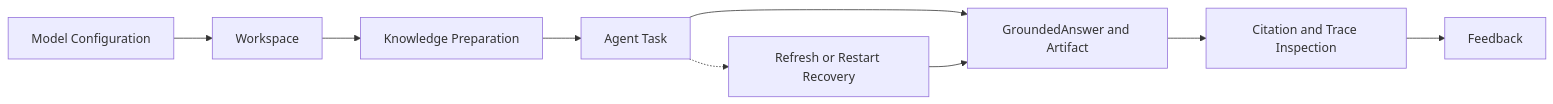
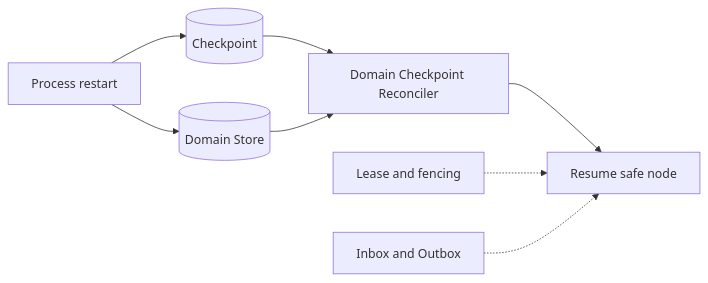
Diagram 12 of 30 in docs/architecture/architecture-views.md (ProfessorZhi/Zuno), drawn with Mermaid before and after one commit. The commit also changed other lines of this file and 14 other files, not shown here.

Commit message:
docs: align total architecture with canonical module designs

````diff
--- a/docs/architecture/architecture-views.md
+++ b/docs/architecture/architecture-views.md
@@ -249,11 +187,10 @@
 ```mermaid
 flowchart LR
-  Config[Model Configuration] --> Workspace[Workspace]
-  Workspace --> Prepare[Knowledge Preparation]
-  Prepare --> Ask[Agent Task]
-  Ask --> Answer[GroundedAnswer and Artifact]
-  Answer --> Inspect[Citation and Trace Inspection]
-  Inspect --> Feedback[Feedback]
-  Ask -.-> Recovery[Refresh or Restart Recovery]
-  Recovery --> Answer
+  RESTART[Process restart] --> CHECK[(Checkpoint)]
+  RESTART --> DOMAIN[(Domain Store)]
+  CHECK --> RECON[Domain Checkpoint Reconciler]
+  DOMAIN --> RECON
+  RECON --> RESUME[Resume safe node]
+  LEASE[Lease and fencing] -.-> RESUME
+  OUTBOX[Inbox and Outbox] -.-> RESUME
 ```
````
